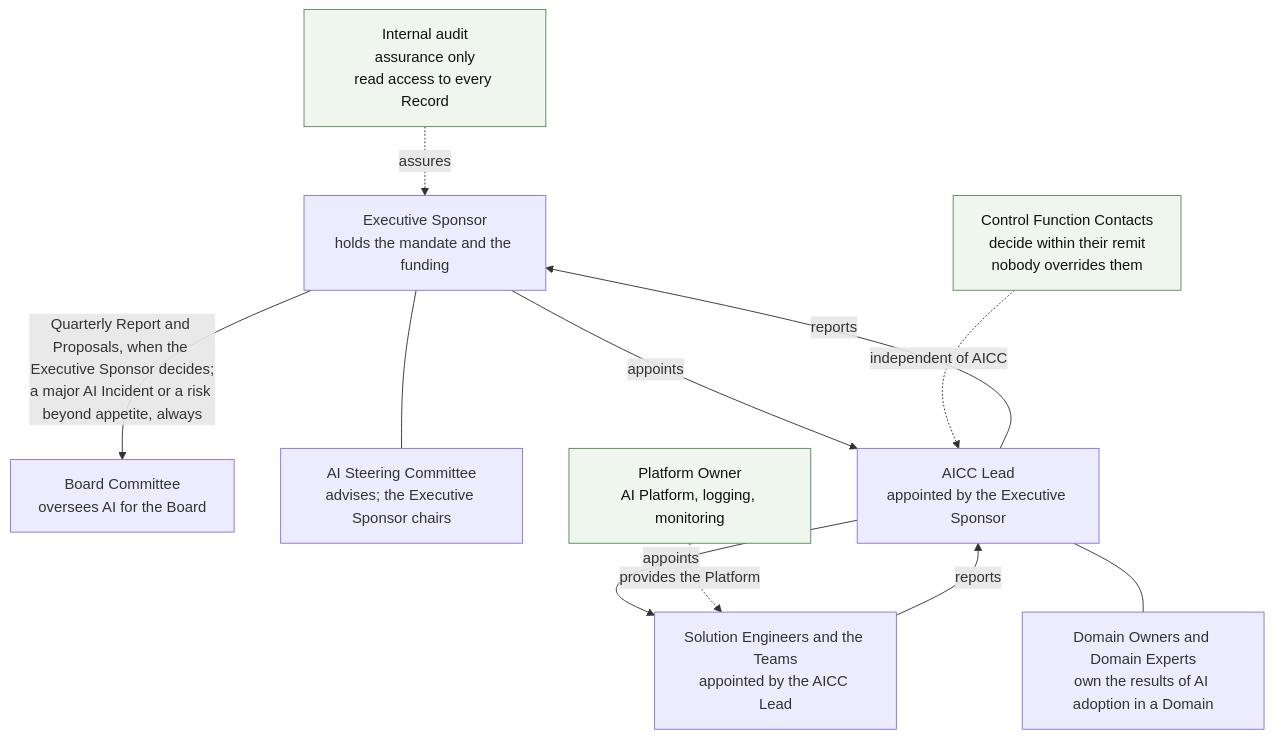
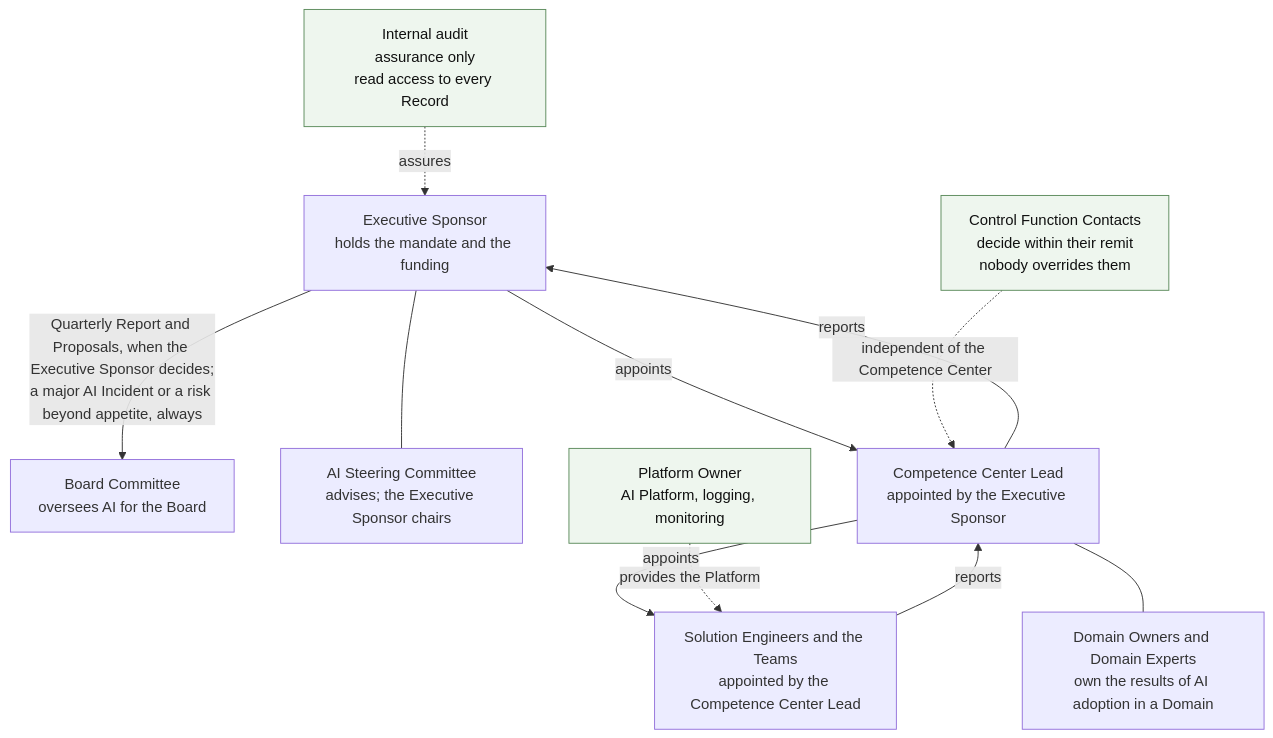
One commit to devhogu/ob-aicc changed the first of 3 diagrams in charter/en/guides/unit-governance-guide.md. Above: the diagram before and after it, drawn with Mermaid. The commit also changed other lines of this file and 1149 other files, not shown here.

First line of the commit message:
The name Competence Center: AICC stays only as a code (DR-2026-066)

````diff
--- a/charter/en/guides/unit-governance-guide.md
+++ b/charter/en/guides/unit-governance-guide.md
@@ -13,24 +13,24 @@
 ```mermaid
 flowchart TB
   BD["Board Committee<br/>oversees AI for the Board"]
   ES["Executive Sponsor<br/>holds the mandate and the funding"]
   AS["AI Steering Committee<br/>advises; the Executive Sponsor chairs"]
-  AL["AICC Lead<br/>appointed by the Executive Sponsor"]
-  TM["Solution Engineers and the Teams<br/>appointed by the AICC Lead"]
+  AL["Competence Center Lead<br/>appointed by the Executive Sponsor"]
+  TM["Solution Engineers and the Teams<br/>appointed by the Competence Center Lead"]
   DO["Domain Owners and Domain Experts<br/>own the results of AI adoption in a Domain"]
   CF["Control Function Contacts<br/>decide within their remit<br/>nobody overrides them"]
   PO["Platform Owner<br/>AI Platform, logging, monitoring"]
   IA["Internal audit<br/>assurance only<br/>read access to every Record"]
   ES -->|"appoints"| AL
   ES --- AS
   AL -->|"appoints"| TM
   AL --- DO
   TM -->|"reports"| AL
   AL -->|"reports"| ES
   ES -->|"Quarterly Report and Proposals, when the Executive Sponsor decides;<br/>a major AI Incident or a risk beyond appetite, always"| BD
-  CF -.->|"independent of AICC"| AL
+  CF -.->|"independent of the Competence Center"| AL
   PO -.->|"provides the Platform"| TM
   IA -.->|"assures"| ES
   classDef ext fill:#eef6ee,stroke:#5a8a5a,color:#111
   class CF,PO,IA ext
 ```
````
